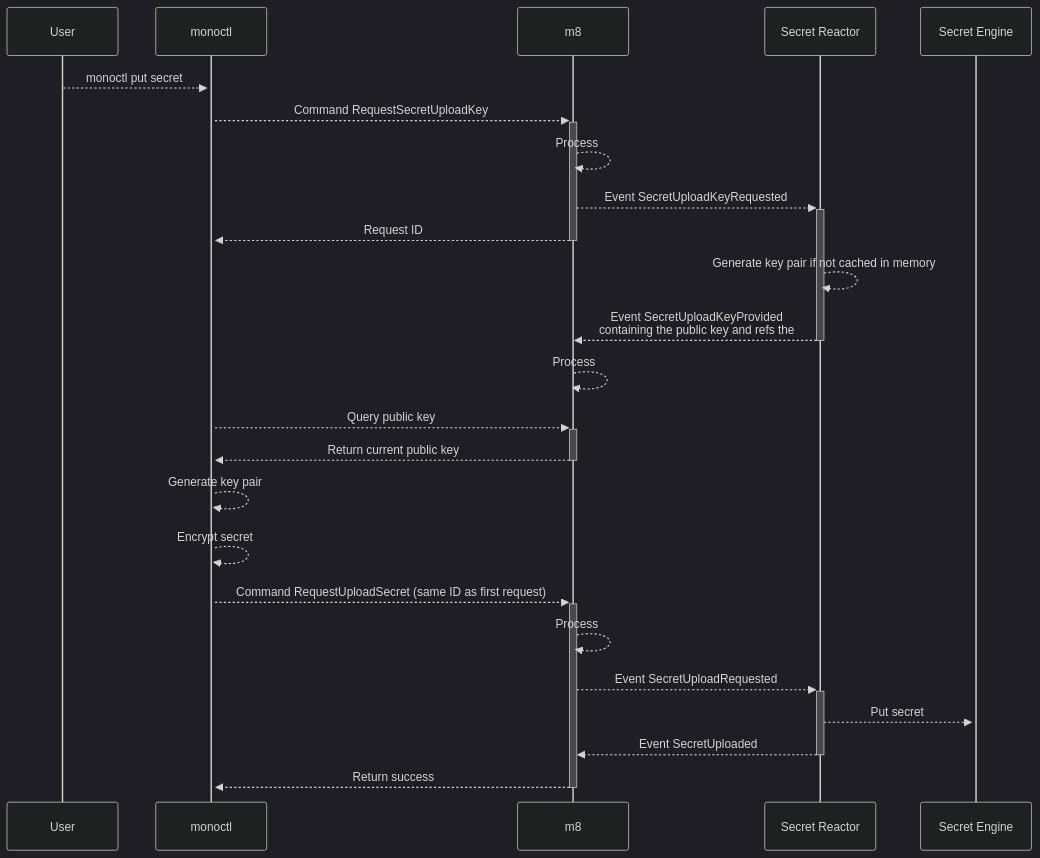
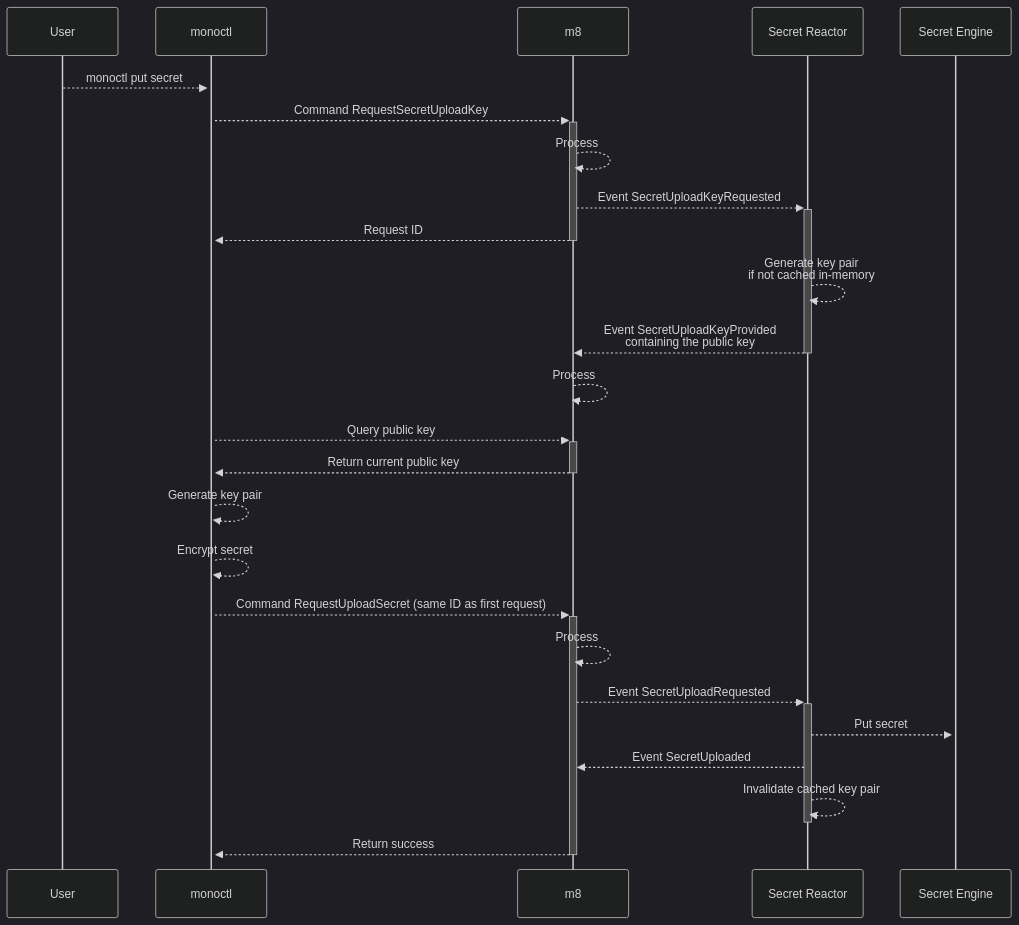
Before and after one commit to finleap-connect/monoskope: the diagram in docs/architecture-decisions/ADR-3-secret-management.md, drawn with Mermaid (dark theme).

Commit message:
Add invalidation

````diff
--- a/docs/architecture-decisions/ADR-3-secret-management.md
+++ b/docs/architecture-decisions/ADR-3-secret-management.md
@@ -70,26 +70,27 @@
 ```mermaid
 sequenceDiagram
     participant U as User
     participant M as monoctl
     participant M8 as m8
     participant SR as Secret Reactor
     participant SE as Secret Engine
     U-->>+M: monoctl put secret
     M-->>+M8: Command RequestSecretUploadKey
     M8-->>M8: Process
     M8-->>+SR: Event SecretUploadKeyRequested
     M8-->>-M: Request ID
-    SR-->>SR: Generate key pair if not cached in memory
-    SR-->>-M8: Event SecretUploadKeyProvided<br>containing the public key and refs the 
+    SR-->>SR: Generate key pair<br>if not cached in-memory
+    SR-->>-M8: Event SecretUploadKeyProvided<br>containing the public key
     M8-->>M8: Process
     M-->>+M8: Query public key
     M8-->>-M: Return current public key
     M-->>M: Generate key pair
     M-->>M: Encrypt secret
     M-->>+M8: Command RequestUploadSecret (same ID as first request)
     M8-->>M8: Process
     M8-->>+SR: Event SecretUploadRequested
     SR-->>+SE: Put secret
-    SR-->>-M8: Event SecretUploaded
+    SR-->>M8: Event SecretUploaded
+    SR-->>-SR: Invalidate cached key pair
     M8-->>-M: Return success
 ```
````
